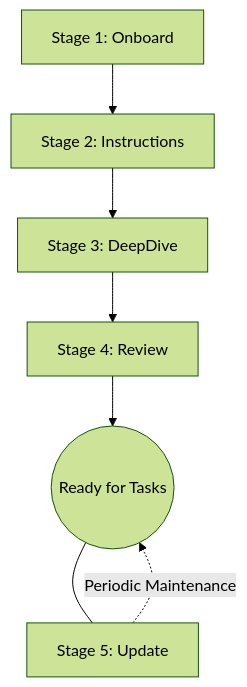
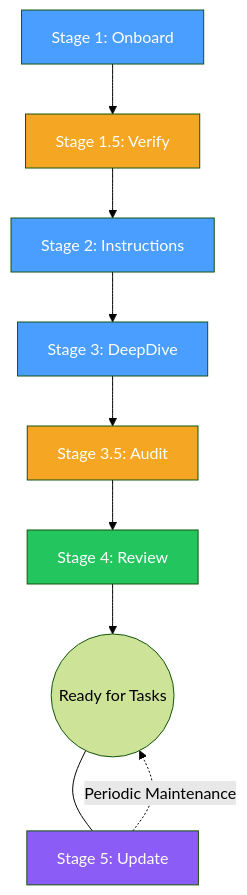
One commit to ichbinsoftware/agentic-context-framework changed the diagram in README.md. Above: the diagram before and after it, drawn with Mermaid (forest theme). The commit also changed other lines of this file and 13 other files, not shown here.

````diff
--- a/README.md
+++ b/README.md
@@ -63,9 +76,19 @@
 ```mermaid
 graph TD
-    A[Stage 1: Onboard] --> B[Stage 2: Instructions]
-    B --> C[Stage 3: DeepDive]
-    C --> D[Stage 4: Review]
+    A["Stage 1: Onboard"] --> A5["Stage 1.5: Verify"]
+    A5 --> B["Stage 2: Instructions"]
+    B --> C["Stage 3: DeepDive"]
+    C --> C5["Stage 3.5: Audit"]
+    C5 --> D["Stage 4: Review"]
     D --> E((Ready for Tasks))
-    E --- F[Stage 5: Update]
+    E --- F["Stage 5: Update"]
     F -.->|Periodic Maintenance| E
+
+    style A fill:#4a9eff,color:#fff
+    style B fill:#4a9eff,color:#fff
+    style C fill:#4a9eff,color:#fff
+    style A5 fill:#f5a623,color:#fff
+    style C5 fill:#f5a623,color:#fff
+    style D fill:#22c55e,color:#fff
+    style F fill:#8b5cf6,color:#fff
 ```
````
